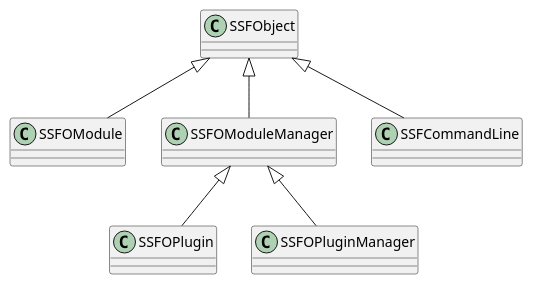
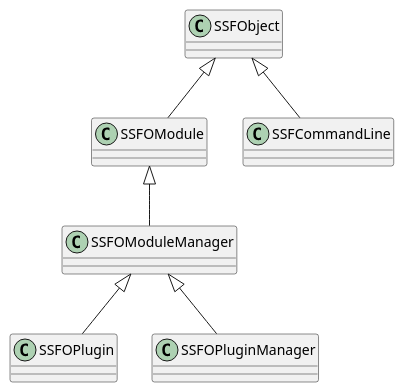
The diagram in SkywalkerServerFramework/SkywalkerServerFramework.plantuml (xcyh410713847/SkywalkerGameServer), drawn with PlantUML before and after one commit. The commit also changed 10 other files, not shown here.

```diff
--- a/SkywalkerServerFramework/SkywalkerServerFramework.plantuml
+++ b/SkywalkerServerFramework/SkywalkerServerFramework.plantuml
@@ -1,42 +1,44 @@
 @startuml SkywalkerServerFramework
 
 class SSFObject
 {
 
 }
 
 class SSFOModule
 {
 
 }
 
 class SSFOModuleManager
 {
 
 }
 
 class SSFOPlugin
 {
 
 }
 
 class SSFOPluginManager
 {
 
 }
 
 class SSFCommandLine
 {
 
 }
 
 '继承自 SSFObject
 SSFObject <|-- SSFOModule
-SSFObject <|-- SSFOModuleManager
 SSFObject <|-- SSFCommandLine
+
+'继承自 SSFOModule
+SSFOModule <|-- SSFOModuleManager
 
 '继承自 SSFOModuleManager
 SSFOModuleManager <|-- SSFOPlugin
 SSFOModuleManager <|-- SSFOPluginManager
 
 @enduml
```
